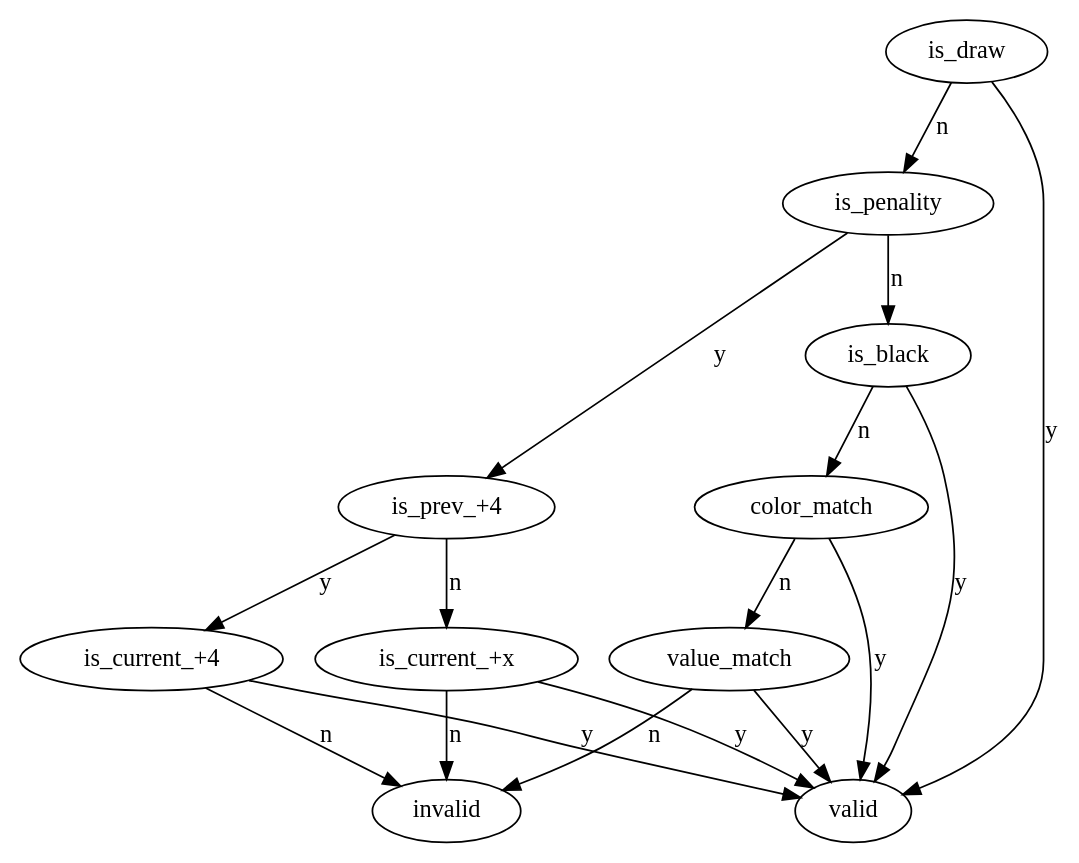
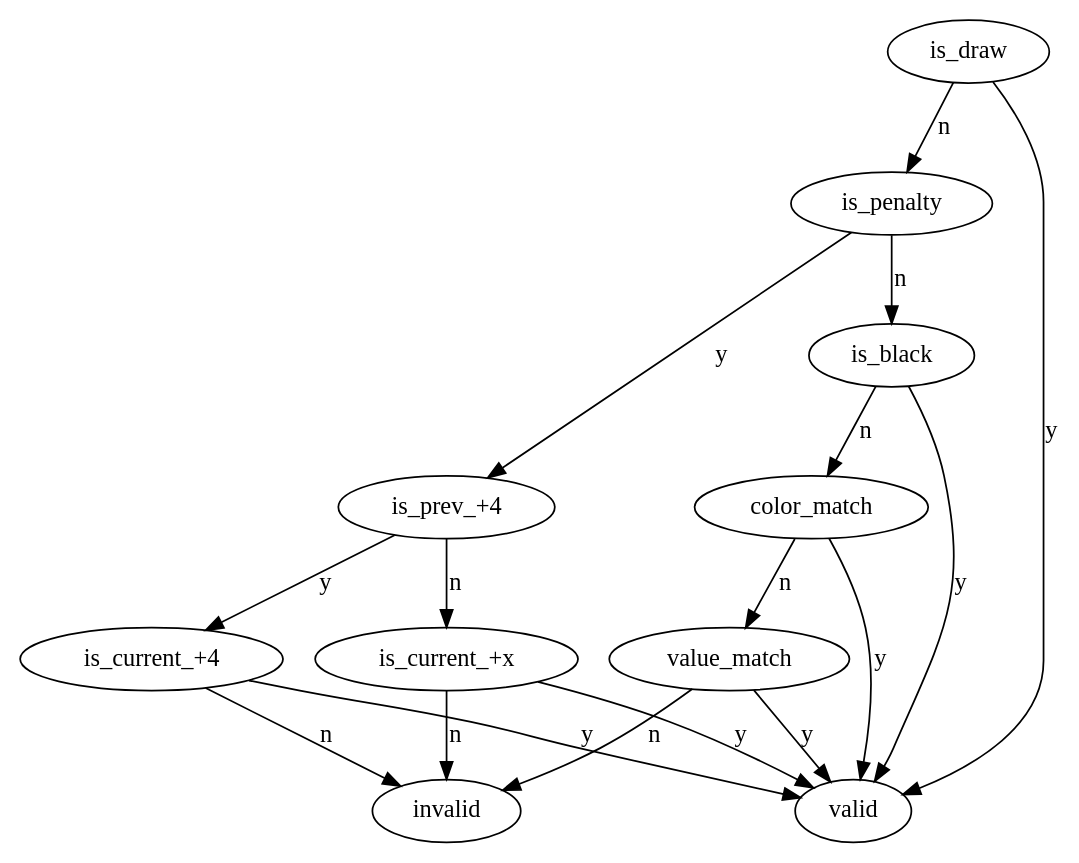
One commit to erenon/casino changed the diagram in docs/is_valid_card.dot. Above: the diagram before and after it, drawn with Graphviz. The commit also changed 4 other files, not shown here.

```diff
--- a/docs/is_valid_card.dot
+++ b/docs/is_valid_card.dot
@@ -1,19 +1,19 @@
 digraph G {
     is_draw;
     is_draw -> valid [label="y"];
-    is_draw -> is_penality [label="n"];
-    is_penality -> "is_prev_+4" [label="y"];
-    is_penality -> is_black [label="n"];
+    is_draw -> is_penalty [label="n"];
+    is_penalty -> "is_prev_+4" [label="y"];
+    is_penalty -> is_black [label="n"];
     is_black -> valid [label="y"];
     is_black -> color_match [label="n"];
     "is_prev_+4" -> "is_current_+4" [label="y"];
     "is_prev_+4" -> "is_current_+x" [label="n"];
     "is_current_+4" -> valid [label="y"];
     "is_current_+4" -> invalid [label="n"];
     "is_current_+x" -> valid [label="y"];
     "is_current_+x" -> invalid [label="n"];
     color_match -> valid [label="y"];
     color_match -> value_match [label="n"];
     value_match -> valid [label="y"];
     value_match -> invalid [label="n"];
 }
```
